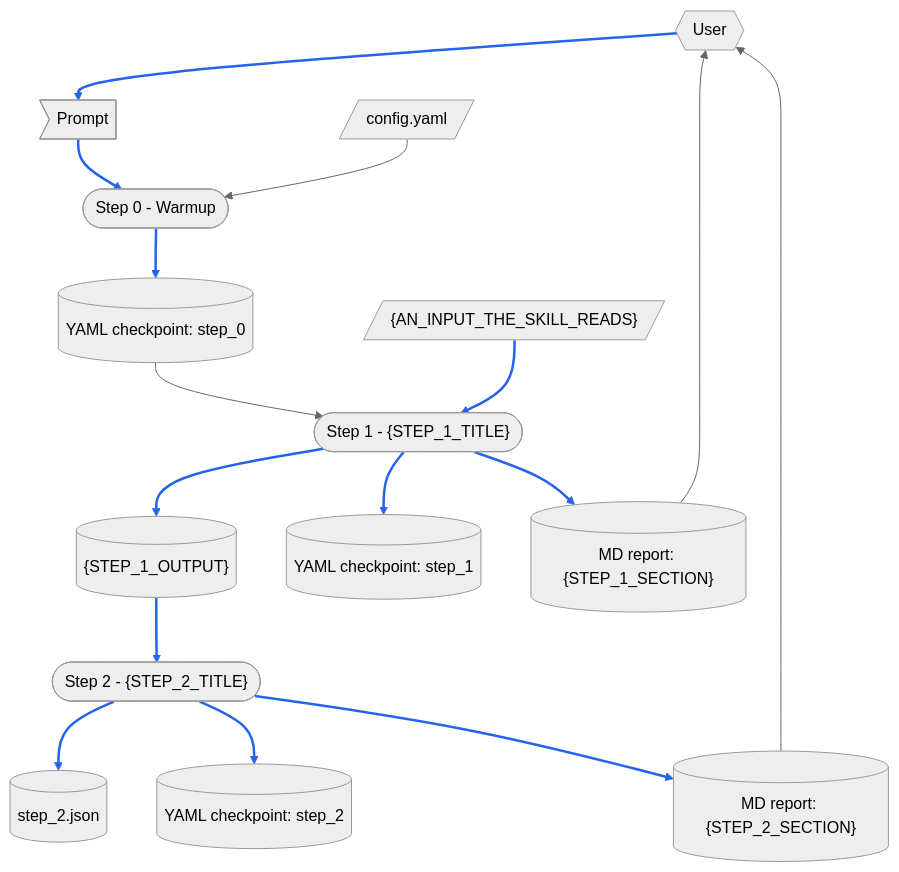
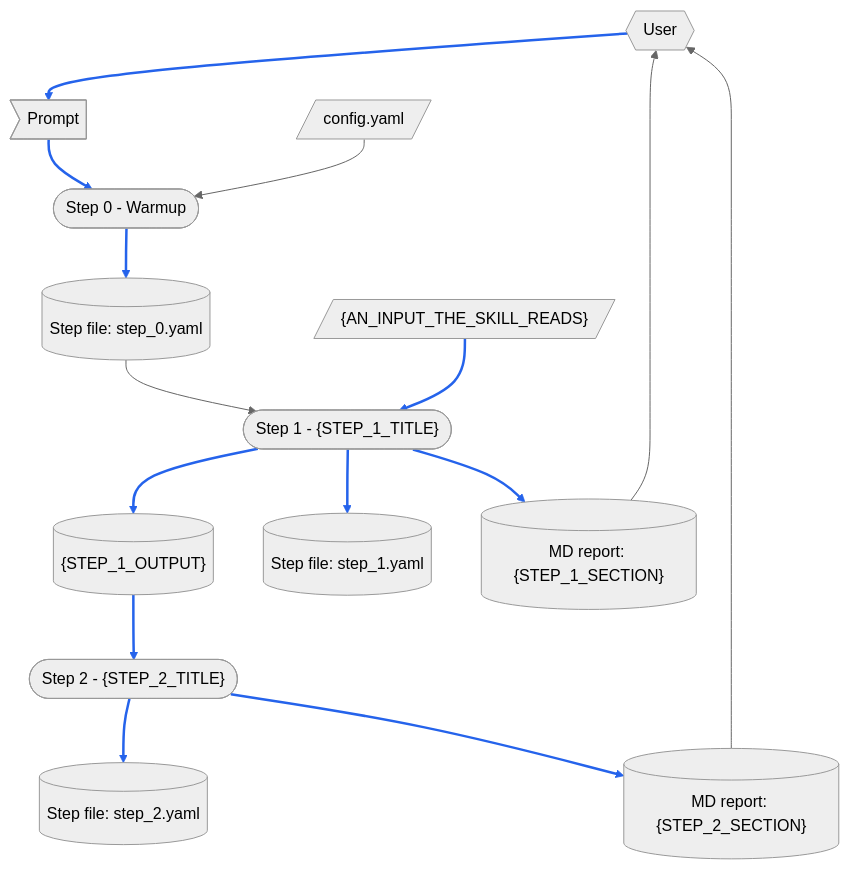
The diagram in skill-groups/common/templates/README-tmp.md (CountChu/SkillsGestalt), drawn with Mermaid (neutral theme) before and after one commit. The commit also changed other lines of this file and 132 other files, not shown here.

````diff
--- a/skill-groups/common/templates/README-tmp.md
+++ b/skill-groups/common/templates/README-tmp.md
@@ -45,32 +44,30 @@
 ```mermaid
 flowchart TB
     USER{{"User"}}
     PROMPT>"Prompt"]
     CONFIG[/"config.yaml"/]
     INPUT[/"{AN_INPUT_THE_SKILL_READS}"/]
-    CK0[("YAML checkpoint: step_0")]
+    CK0[("Step file: step_0.yaml")]
     OUT1[("{STEP_1_OUTPUT}")]
-    CK1[("YAML checkpoint: step_1")]
+    CK1[("Step file: step_1.yaml")]
     MD1[("MD report: {STEP_1_SECTION}")]
-    OUT2[("step_2.json")]
-    CK2[("YAML checkpoint: step_2")]
+    CK2[("Step file: step_2.yaml")]
     MD2[("MD report: {STEP_2_SECTION}")]
 
     USER --> PROMPT
     PROMPT --> S0(["Step 0 - Warmup"])
     CONFIG --> S0
     S0 --> CK0
     CK0 --> S1(["Step 1 - {STEP_1_TITLE}"])
     INPUT --> S1
     S1 --> OUT1
     S1 --> CK1
     S1 --> MD1
     OUT1 --> S2(["Step 2 - {STEP_2_TITLE}"])
-    S2 --> OUT2
     S2 --> CK2
     S2 --> MD2
     MD1 --> USER
     MD2 --> USER
 
-    linkStyle 0,1,3,5,6,7,8,9,10,11,12 stroke:#2563eb,stroke-width:2.5px
+    linkStyle 0,1,3,5,6,7,8,9,10,11 stroke:#2563eb,stroke-width:2.5px
 ```
````
